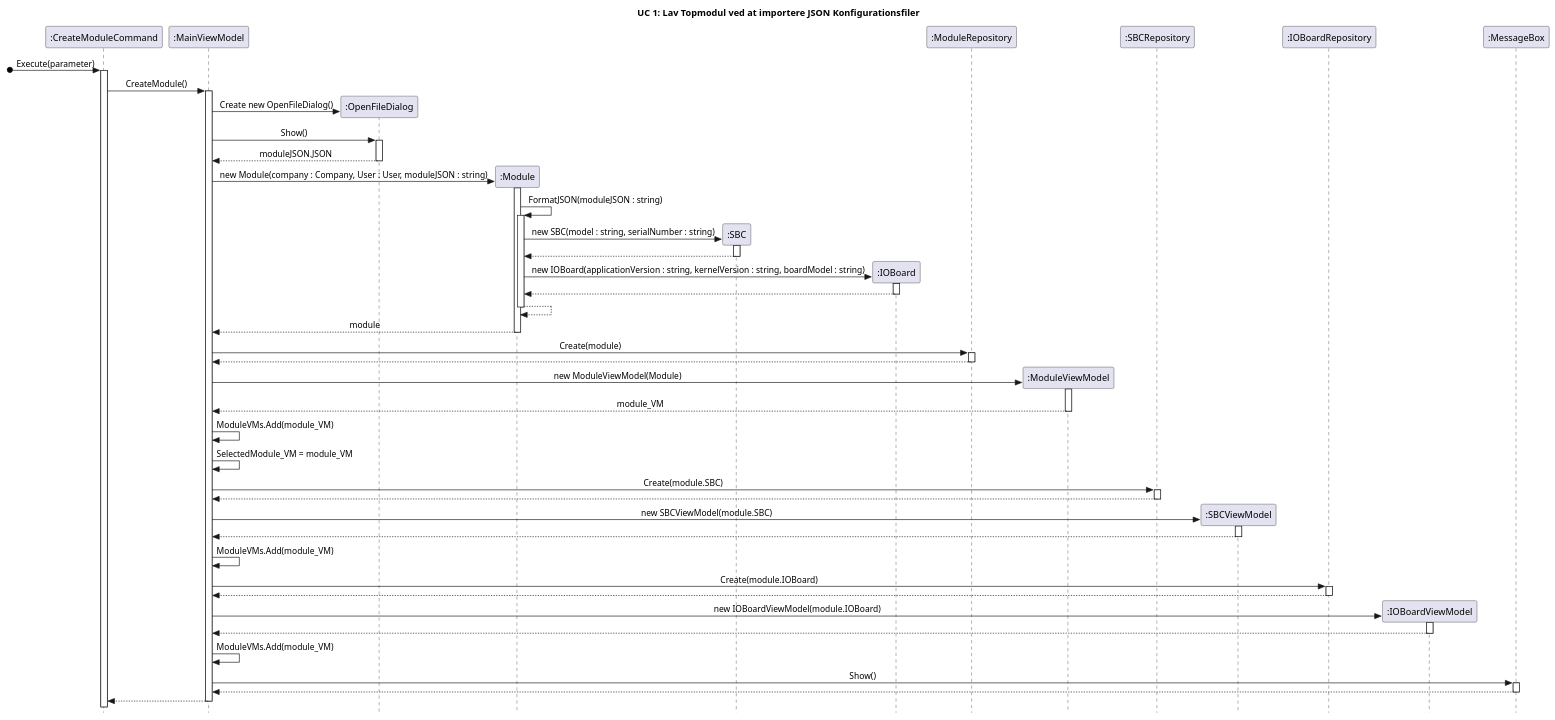
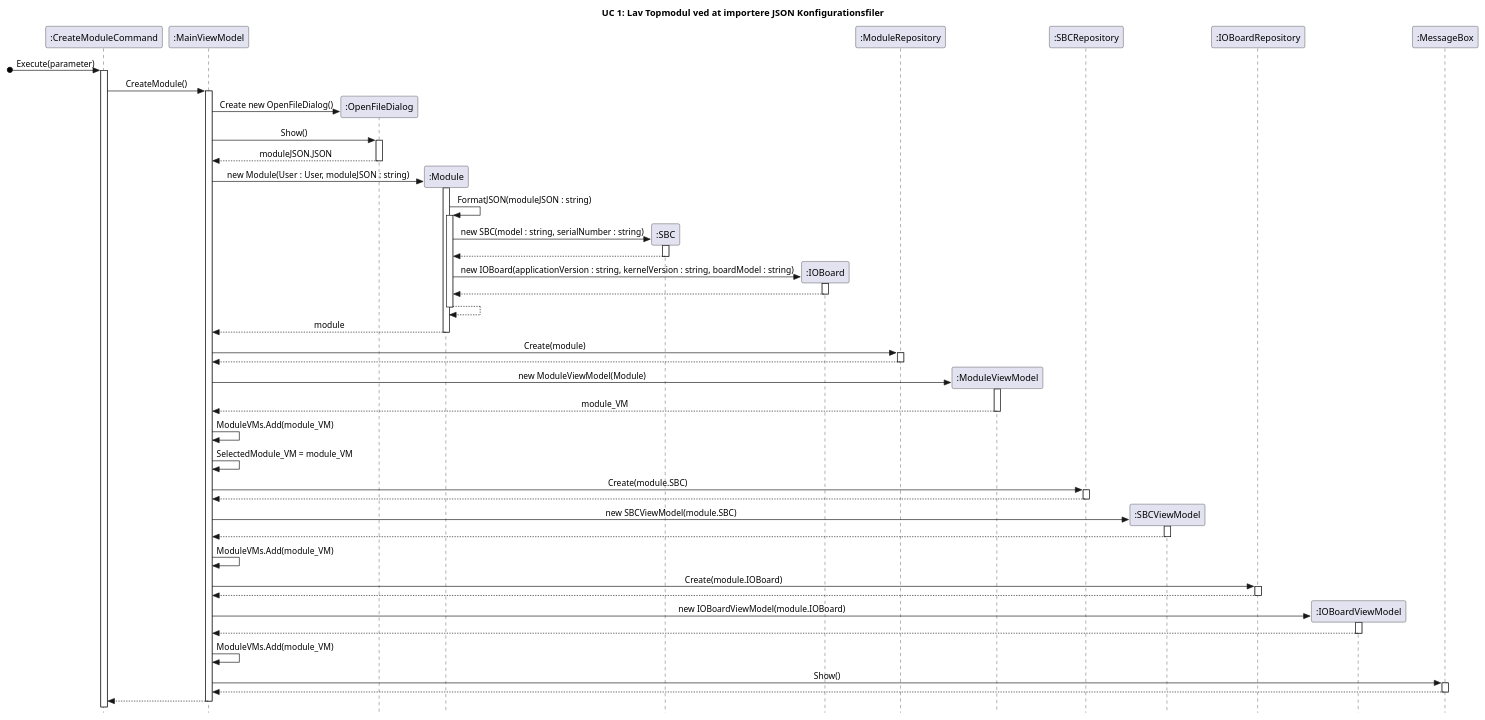
Before and after one commit to ToothbrushPenguin/DM-TeamX-2.Semester: the diagram in Diagrams/UC_1_SD_Lav Topmodul ved at importere JSON Konfigurationsfiler.plantuml, drawn with PlantUML.

Commit message:
uc1 removed compay form SD

```diff
--- a/Diagrams/UC_1_SD_Lav Topmodul ved at importere JSON Konfigurationsfiler.plantuml
+++ b/Diagrams/UC_1_SD_Lav Topmodul ved at importere JSON Konfigurationsfiler.plantuml
@@ -1,75 +1,75 @@
 @startuml
 skinparam style strictuml
 skinparam sequenceMessageAlign center
 title UC 1: Lav Topmodul ved at importere JSON Konfigurationsfiler
 
 participant ":CreateModuleCommand" as CMC
 participant ":MainViewModel" as MVM
 participant ":OpenFileDialog" as OFD
 participant ":Module" as M
 participant ":SBC" as S
 participant ":IOBoard" as I
 participant ":ModuleRepository" as MR
 participant ":ModuleViewModel" as MV
 participant ":SBCRepository" as SR
 participant ":SBCViewModel" as SV
 participant ":IOBoardRepository" as IR
 participant ":IOBoardViewModel" as IV
 
 
 
 
 participant ":MessageBox" as MB
 
 
 [o-> CMC: Execute(parameter)
 activate CMC
     CMC -> MVM ++: CreateModule()
         MVM -> OFD **: Create new OpenFileDialog()
         MVM -> OFD ++: Show()
         return moduleJSON.JSON
         create M
-        MVM -> M ++: new Module(company : Company, User : User, moduleJSON : string)
+        MVM -> M ++: new Module(User : User, moduleJSON : string)
             M -> M ++: FormatJSON(moduleJSON : string)
                 create S
                 M -> S ++: new SBC(model : string, serialNumber : string)
                 return 
                 create I
                 M -> I ++: new IOBoard(applicationVersion : string, kernelVersion : string, boardModel : string)
                 return 
             return 
         return module
         MVM -> MR ++: Create(module)
         return 
        
         create MV
         MVM -> MV ++: new ModuleViewModel(Module)
         return module_VM
         MVM -> MVM: ModuleVMs.Add(module_VM)
         MVM -> MVM: SelectedModule_VM = module_VM
 
 
         MVM -> SR++: Create(module.SBC)
         return 
         create SV
         MVM -> SV ++: new SBCViewModel(module.SBC)
         return
         MVM -> MVM: ModuleVMs.Add(module_VM)
 
 
         MVM -> IR++: Create(module.IOBoard)
         return 
         create IV
         MVM -> IV ++: new IOBoardViewModel(module.IOBoard)
         return
         MVM -> MVM: ModuleVMs.Add(module_VM)
         
         MVM -> MB ++: Show()
         return 
         
     return
    
     
 
 
 @enduml
```
